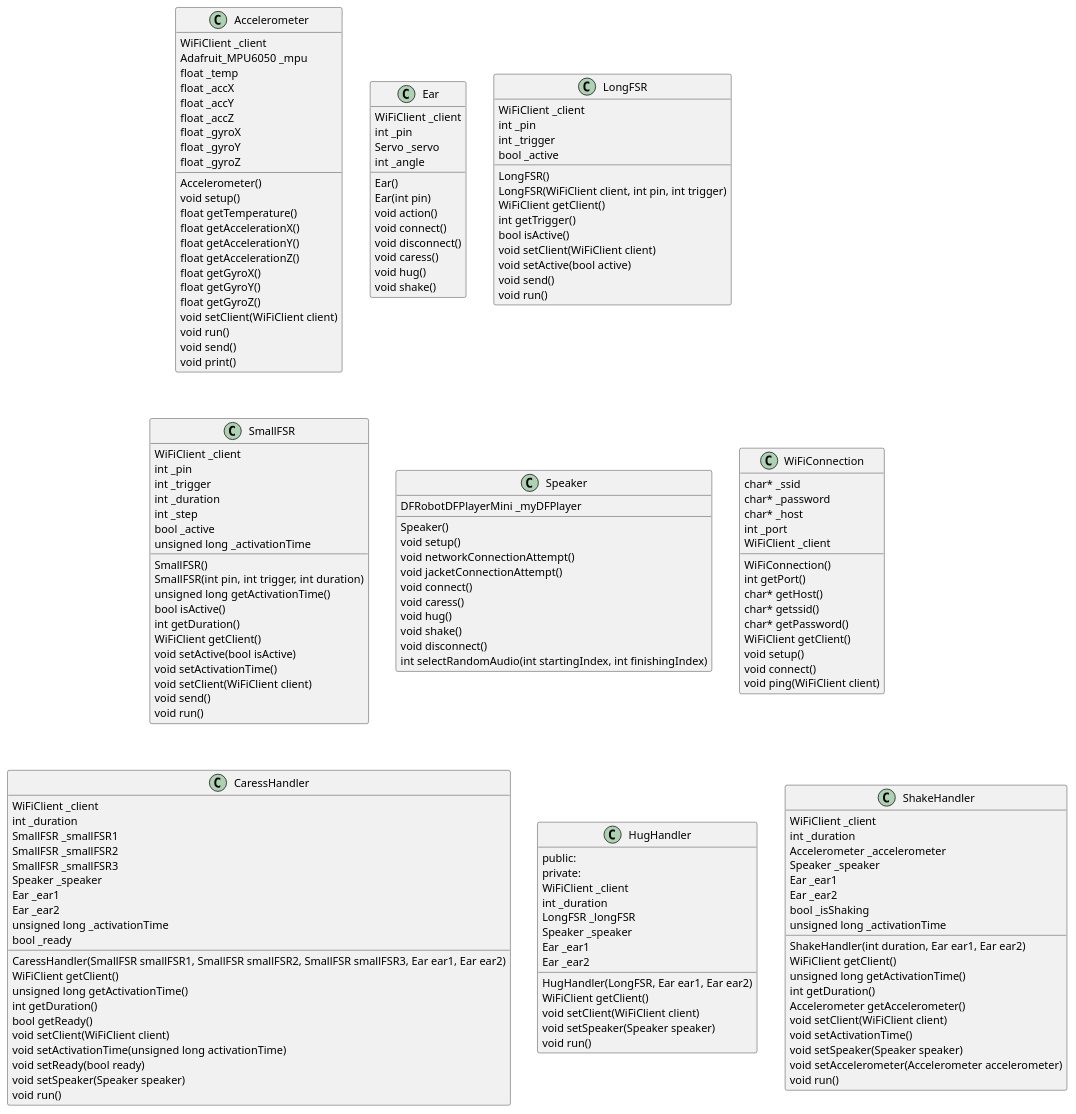
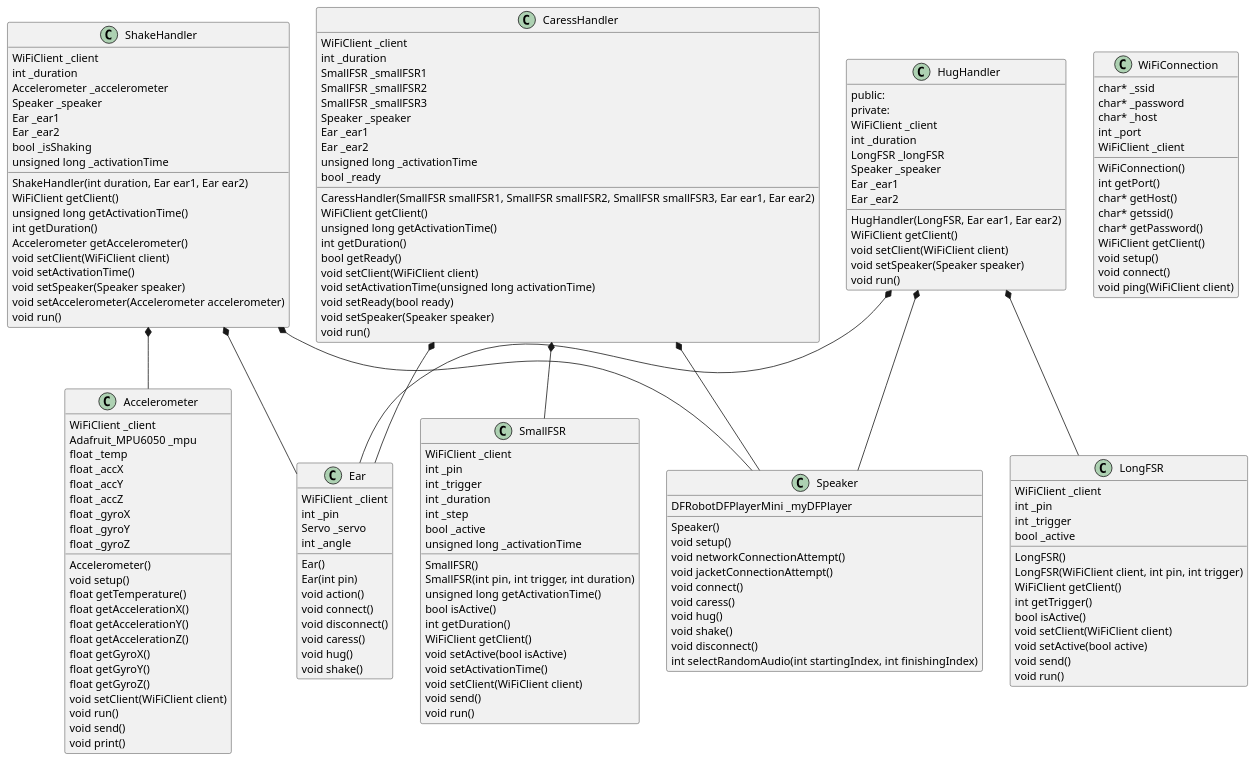
The diagram in Client/diagrams/diagram.puml (AlessandroBarbiero/P-Hug), drawn with PlantUML before and after one commit.

Commit message:
Add relationship between classes in the diagram

```diff
--- a/Client/diagrams/diagram.puml
+++ b/Client/diagrams/diagram.puml
@@ -1,172 +1,182 @@
 @startuml
 class Accelerometer {
             Accelerometer()
             void setup()
             float getTemperature()
             float getAccelerationX()
             float getAccelerationY()
             float getAccelerationZ()
             float getGyroX()
             float getGyroY()
             float getGyroZ()
             void setClient(WiFiClient client)
             void run()
             void send()
             void print()
             WiFiClient _client
             Adafruit_MPU6050 _mpu
             float _temp
             float _accX
             float _accY
             float _accZ
             float _gyroX
             float _gyroY
             float _gyroZ
     }
 
 class Ear {
             Ear()
             Ear(int pin)
             void action()
             void connect()
             void disconnect()
             void caress()
             void hug()
             void shake()
             WiFiClient _client
             int _pin
             Servo _servo
             int _angle
     }
 
     class LongFSR {
             LongFSR()
             LongFSR(WiFiClient client, int pin, int trigger)
             WiFiClient getClient()
             int getTrigger()
             bool isActive()
             void setClient(WiFiClient client)
             void setActive(bool active)
             void send()
             void run()
             WiFiClient _client
             int _pin
             int _trigger
             bool _active
     }
 
     class SmallFSR {
             SmallFSR()
             SmallFSR(int pin, int trigger, int duration)
             unsigned long getActivationTime()
             bool isActive()
             int getDuration()
             WiFiClient getClient()
             void setActive(bool isActive)
             void setActivationTime()
             void setClient(WiFiClient client)
             void send()
             void run()
             WiFiClient _client
             int _pin
             int _trigger
             int _duration
             int _step
             bool _active 
             unsigned long _activationTime
     }
 
     class Speaker{
             Speaker()
             void setup()
             void networkConnectionAttempt()
             void jacketConnectionAttempt()
             void connect()
             void caress()
             void hug()
             void shake()
             void disconnect()
             DFRobotDFPlayerMini _myDFPlayer
             int selectRandomAudio(int startingIndex, int finishingIndex)
     }
 
     class WiFiConnection {
             WiFiConnection()
             int getPort()
             char* getHost()
             char* getssid()
             char* getPassword()
             WiFiClient getClient()
             void setup()
             void connect()
             void ping(WiFiClient client)
             char* _ssid 
             char* _password 
             char* _host 
             int _port 
             WiFiClient _client
     }
 
     class CaressHandler {
             CaressHandler(SmallFSR smallFSR1, SmallFSR smallFSR2, SmallFSR smallFSR3, Ear ear1, Ear ear2)
             WiFiClient getClient()
             unsigned long getActivationTime()
             int getDuration()
             bool getReady()
             void setClient(WiFiClient client)
             void setActivationTime(unsigned long activationTime)
             void setReady(bool ready)
             void setSpeaker(Speaker speaker)
             void run()
             WiFiClient _client
             int _duration
             SmallFSR _smallFSR1
             SmallFSR _smallFSR2
             SmallFSR _smallFSR3
             Speaker _speaker
             Ear _ear1
             Ear _ear2
             unsigned long _activationTime 
             bool _ready
             
     }
 
     class HugHandler {
         public:
             HugHandler(LongFSR, Ear ear1, Ear ear2)
             WiFiClient getClient()
             void setClient(WiFiClient client)
             void setSpeaker(Speaker speaker)
             void run()
         private:
             WiFiClient _client
             int _duration
             LongFSR _longFSR
             Speaker _speaker
             Ear _ear1
             Ear _ear2            
     }
 
 
     class ShakeHandler {
             ShakeHandler(int duration, Ear ear1, Ear ear2)
             WiFiClient getClient()
             unsigned long getActivationTime()
             int getDuration()
             Accelerometer getAccelerometer()
             void setClient(WiFiClient client)
             void setActivationTime()
             void setSpeaker(Speaker speaker)
             void setAccelerometer(Accelerometer accelerometer)
             void run()
             WiFiClient _client
             int _duration
             Accelerometer _accelerometer
             Speaker _speaker
             Ear _ear1
             Ear _ear2
             bool _isShaking 
             unsigned long _activationTime
     }
 
+    ShakeHandler *-- Speaker
+    ShakeHandler *-- Ear
+    ShakeHandler *-- Accelerometer
+    CaressHandler *-- Speaker
+    CaressHandler *-- Ear
+    CaressHandler *-- SmallFSR
+    HugHandler *-- Speaker
+    HugHandler *-- Ear
+    HugHandler *-- LongFSR
+
 @enduml
```
